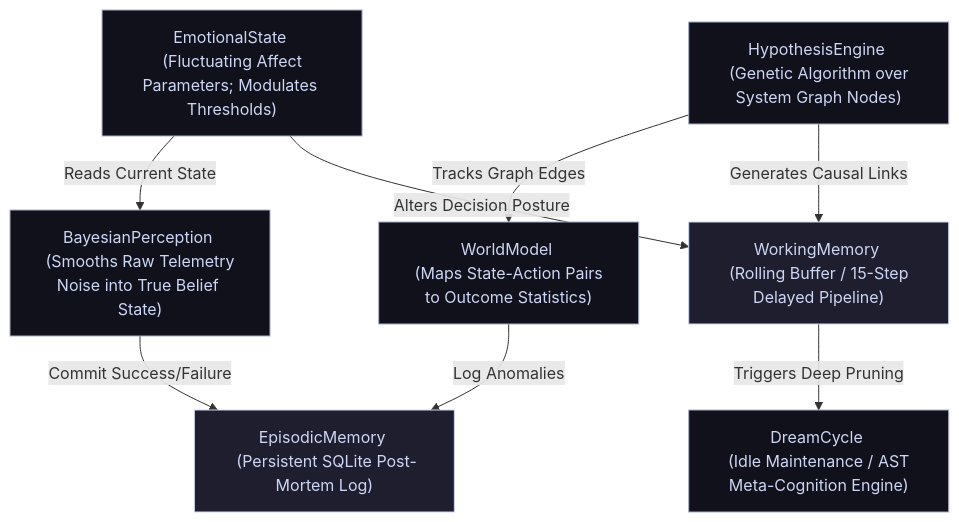
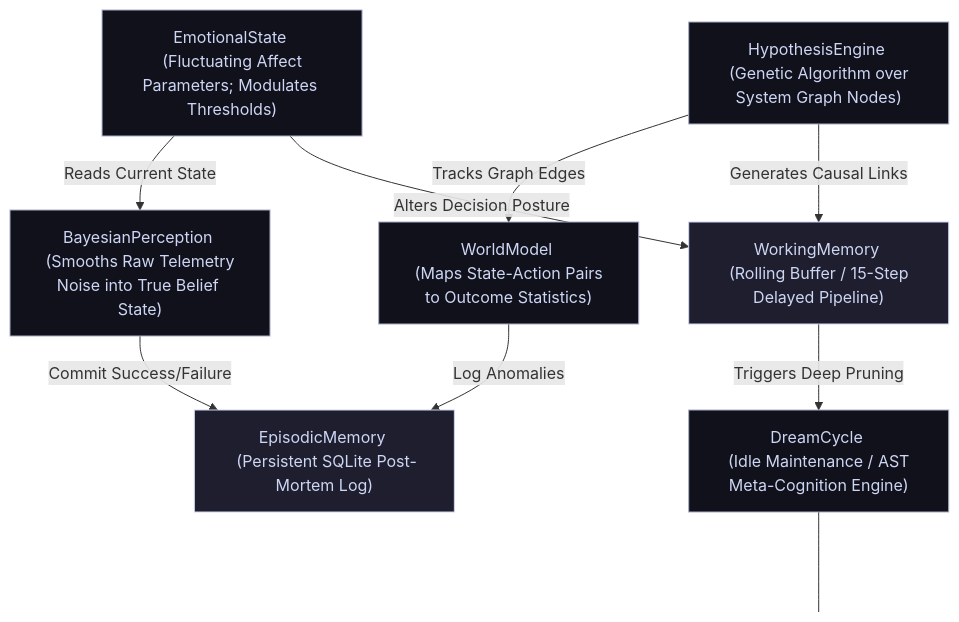
The diagram in README.md (mematron/Minuet), drawn with Mermaid before and after one commit.

Commit message:
Add Padding to cognitive framework diagram

````diff
--- a/README.md
+++ b/README.md
@@ -38,23 +38,27 @@
 ```mermaid
 graph TD
     %% Styling Configuration
     classDef default fill:#11111b,stroke:#a6adc8,stroke-width:1px,color:#cdd6f4;
     classDef memory fill:#1e1e2e,stroke:#cdd6f4,stroke-width:1px,color:#cdd6f4;
     
     EpisodicMemory["EpisodicMemory <br/> (Persistent SQLite Post-Mortem Log)"]:::memory
     BayesianPerception["BayesianPerception <br/> (Smooths Raw Telemetry Noise into True Belief State)"]
     WorldModel["WorldModel <br/> (Maps State-Action Pairs to Outcome Statistics)"]
     EmotionalState["EmotionalState <br/> (Fluctuating Affect Parameters; Modulates Thresholds)"]
     HypothesisEngine["HypothesisEngine <br/> (Genetic Algorithm over System Graph Nodes)"]
     WorkingMemory["WorkingMemory <br/> (Rolling Buffer / 15-Step Delayed Pipeline)"]:::memory
     DreamCycle["DreamCycle <br/> (Idle Maintenance / AST Meta-Cognition Engine)"]
+    Padding[ ]:::invisible
 
     %% Cognitive Framework Interconnections
     BayesianPerception -->|Commit Success/Failure| EpisodicMemory
     WorldModel -->|Log Anomalies| EpisodicMemory
     EmotionalState -->|Reads Current State| BayesianPerception
     HypothesisEngine -->|Tracks Graph Edges| WorldModel
     HypothesisEngine -->|Generates Causal Links| WorkingMemory
     EmotionalState -->|Alters Decision Posture| WorkingMemory
     WorkingMemory -->|Triggers Deep Pruning| DreamCycle
+    DreamCycle --- Padding
+
+    classDef invisible fill:none,stroke:none,color:#0000,width:0px,height:100px;
 ```
````
